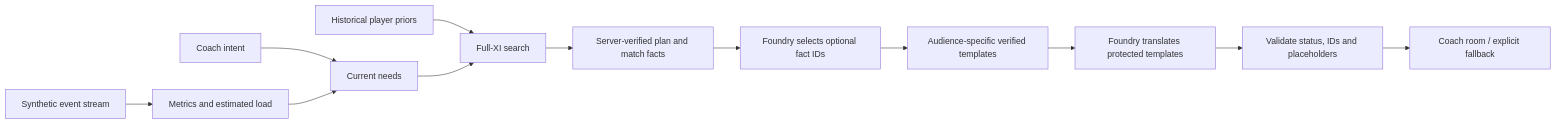
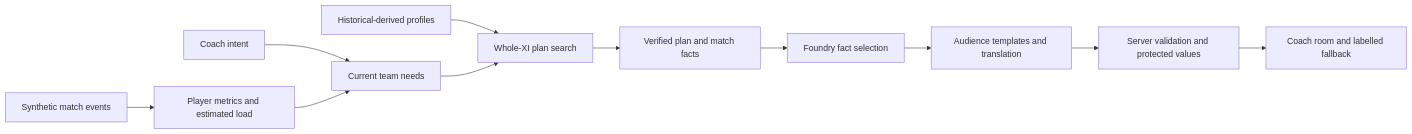
The diagram in README.md (TomThomasPrintac/live-sub-intel), drawn with Mermaid before and after one commit. The commit also changed other lines of this file and 5 other files, not shown here.

````diff
--- a/README.md
+++ b/README.md
@@ -37,13 +33,12 @@
 ```mermaid
 flowchart LR
-    E[Synthetic event stream] --> M[Metrics and estimated load]
-    P[Historical player priors] --> X[Full-XI search]
-    C[Coach intent] --> N[Current needs]
+    E[Synthetic match events] --> M[Player metrics and estimated load]
+    P[Historical-derived profiles] --> X[Whole-XI plan search]
+    C[Coach intent] --> N[Current team needs]
     M --> N --> X
-    X --> F[Server-verified plan and match facts]
-    F --> A[Foundry selects optional fact IDs]
-    A --> V[Audience-specific verified templates]
-    V --> T[Foundry translates protected templates]
-    T --> G[Validate status, IDs and placeholders]
-    G --> U[Coach room / explicit fallback]
+    X --> F[Verified plan and match facts]
+    F --> A[Foundry fact selection]
+    A --> T[Audience templates and translation]
+    T --> V[Server validation and protected values]
+    V --> U[Coach room and labelled fallback]
 ```
````
